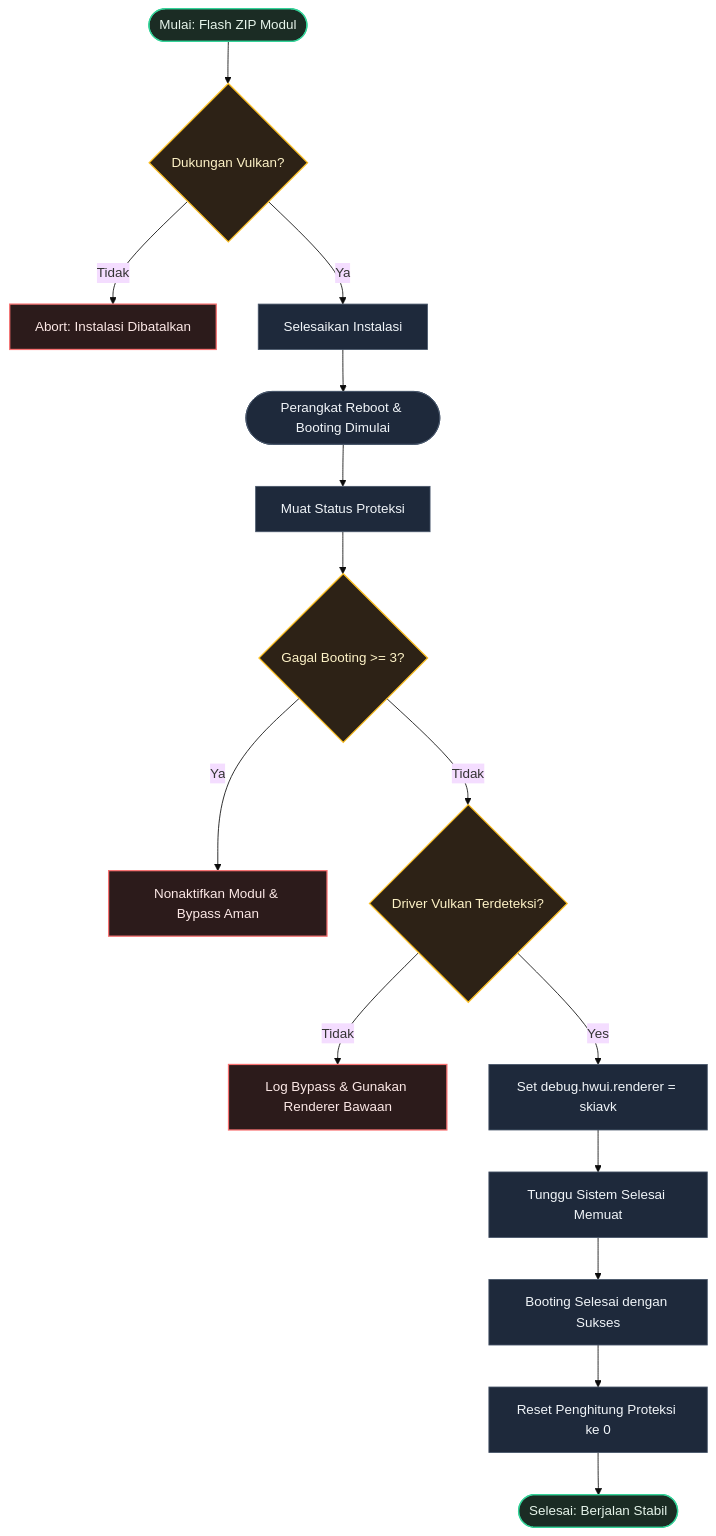
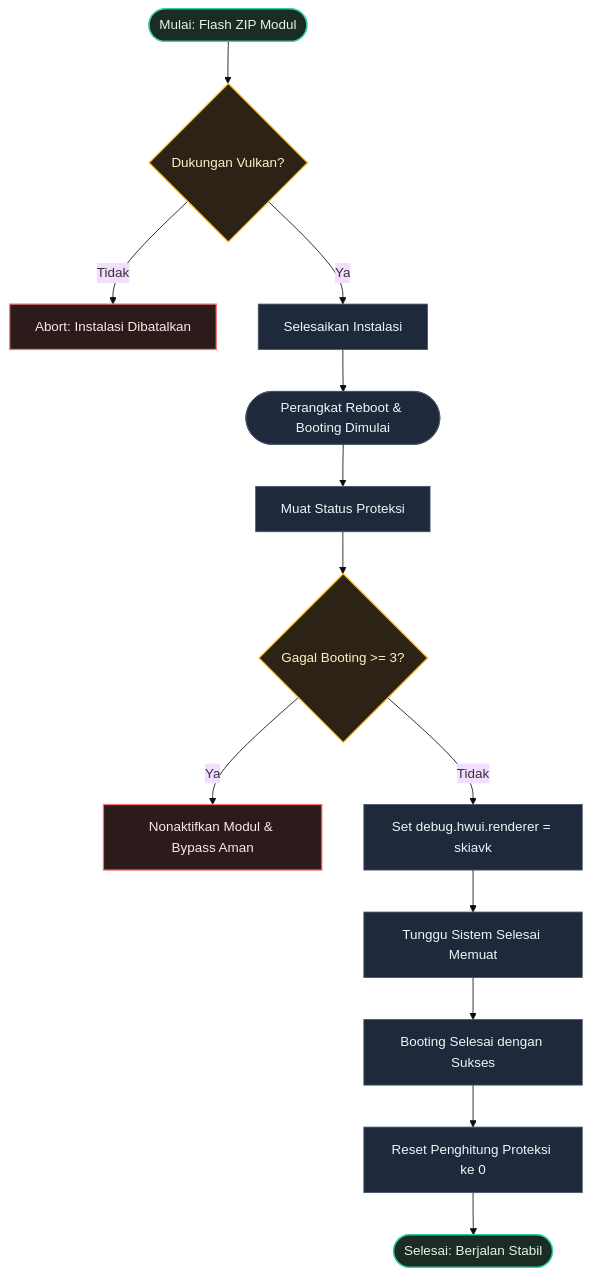
The diagram in README.id.md (dyokism/SkiaVK), drawn with Mermaid (base theme) before and after one commit. The commit also changed other lines of this file and 7 other files, not shown here.

````diff
--- a/README.id.md
+++ b/README.id.md
@@ -40,33 +40,30 @@
 ```mermaid
 flowchart TD
     FlashZip([Mulai: Flash ZIP Modul]) --> CheckVulkan{Dukungan Vulkan?}
     CheckVulkan -- Tidak --> Abort[Abort: Instalasi Dibatalkan]
     CheckVulkan -- Ya --> Install[Selesaikan Instalasi]
     
     Install --> BootStart([Perangkat Reboot & Booting Dimulai])
     
     BootStart --> LoadState[Muat Status Proteksi]
     LoadState --> BootCheck{Gagal Booting >= 3?}
     
     BootCheck -- Ya --> TriggerSafety[Nonaktifkan Modul & Bypass Aman]
-    BootCheck -- Tidak --> CheckDrivers{Driver Vulkan Terdeteksi?}
-    
-    CheckDrivers -- Tidak --> ExitBypass[Log Bypass & Gunakan Renderer Bawaan]
-    CheckDrivers -- Yes --> ApplySkia[Set debug.hwui.renderer = skiavk]
+    BootCheck -- Tidak --> ApplySkia[Set debug.hwui.renderer = skiavk]
     
     ApplySkia --> WaitBoot[Tunggu Sistem Selesai Memuat]
     WaitBoot --> BootSuccess[Booting Selesai dengan Sukses]
     BootSuccess --> ResetState[Reset Penghitung Proteksi ke 0]
     ResetState --> Finished([Selesai: Berjalan Stabil])
 
     %% Kustomisasi Tampilan dan Warna (Tema Gelap Ultra-Redup)
     classDef startEnd fill:#1b2c24,stroke:#34d399,stroke-width:1.5px,color:#e6f4ea;
     classDef fail fill:#2c1b1b,stroke:#f87171,stroke-width:1.5px,color:#fce8e6;
     classDef decision fill:#2d2216,stroke:#fbbf24,stroke-width:1.5px,color:#fef3c7;
     classDef process fill:#1e293b,stroke:#475569,stroke-width:1px,color:#f1f5f9;
     
     class FlashZip,Finished startEnd;
-    class TriggerSafety,ExitBypass,Abort fail;
-    class CheckVulkan,BootCheck,CheckDrivers decision;
+    class TriggerSafety,Abort fail;
+    class CheckVulkan,BootCheck decision;
     class Install,BootStart,LoadState,ApplySkia,WaitBoot,BootSuccess,ResetState process;
 ```
````
